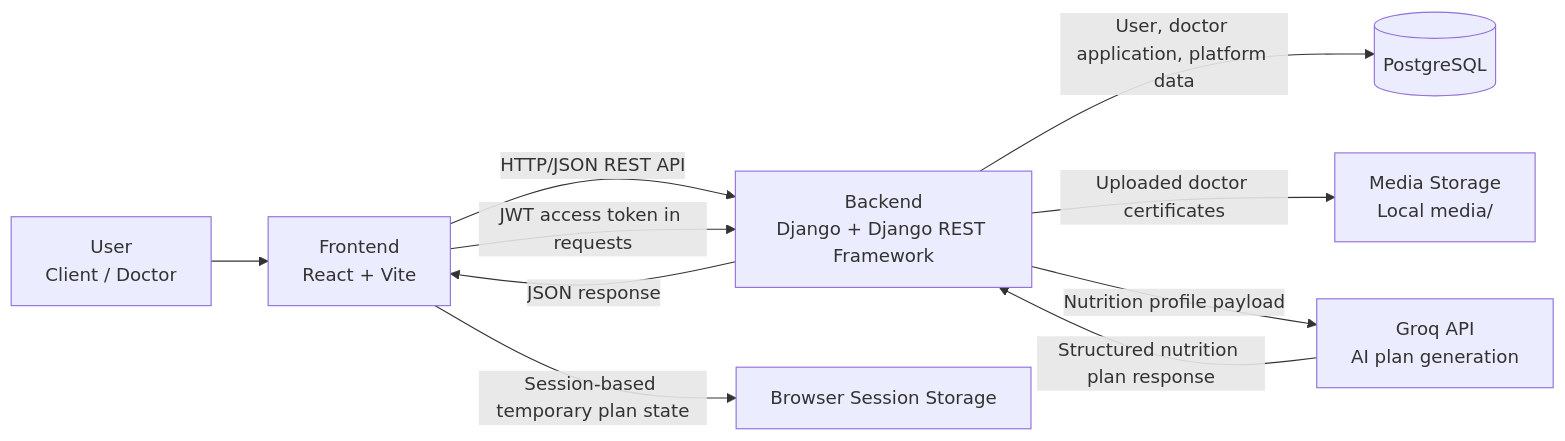
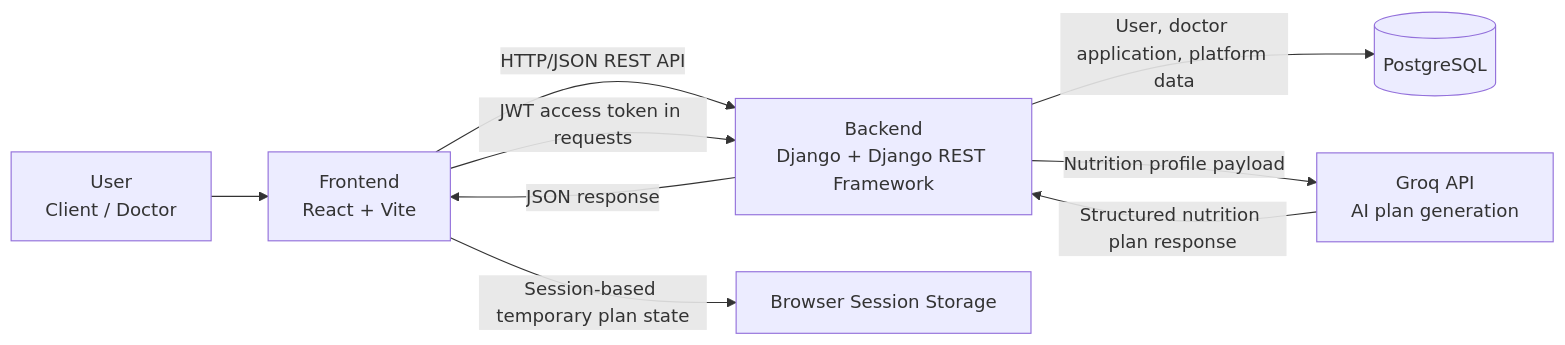
Before and after one commit to aliabdullah1215/Only-For-Teating: the diagram in 1.Design System.md, drawn with Mermaid.

Commit message:
Update 1.Design System.md

````diff
--- a/1.Design System.md
+++ b/1.Design System.md
@@ -5,16 +5,15 @@
 ```mermaid
 flowchart LR
     U[User<br/>Client / Doctor] --> FE[Frontend<br/>React + Vite]
 
     FE -->|HTTP/JSON REST API| BE[Backend<br/>Django + Django REST Framework]
     FE -->|JWT access token in requests| BE
 
     BE -->|User, doctor application, platform data| DB[(PostgreSQL)]
-    BE -->|Uploaded doctor certificates| FS[Media Storage<br/>Local media/]
     BE -->|Nutrition profile payload| GROQ[Groq API<br/>AI plan generation]
 
     GROQ -->|Structured nutrition plan response| BE
     BE -->|JSON response| FE
 
     FE -->|Session-based temporary plan state| SS[Browser Session Storage]
 ```
````
